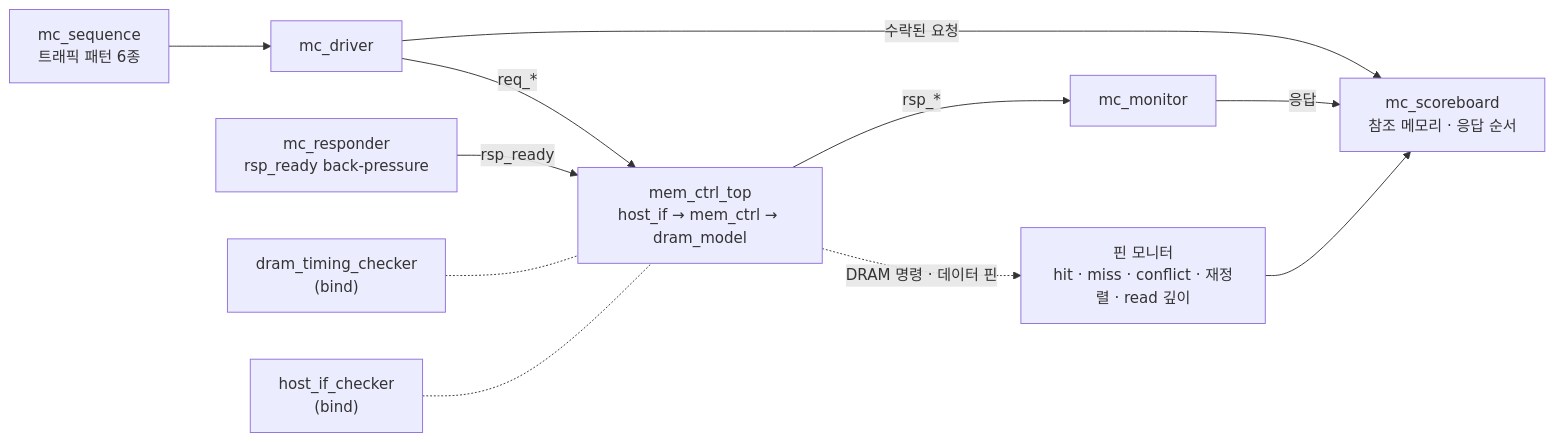
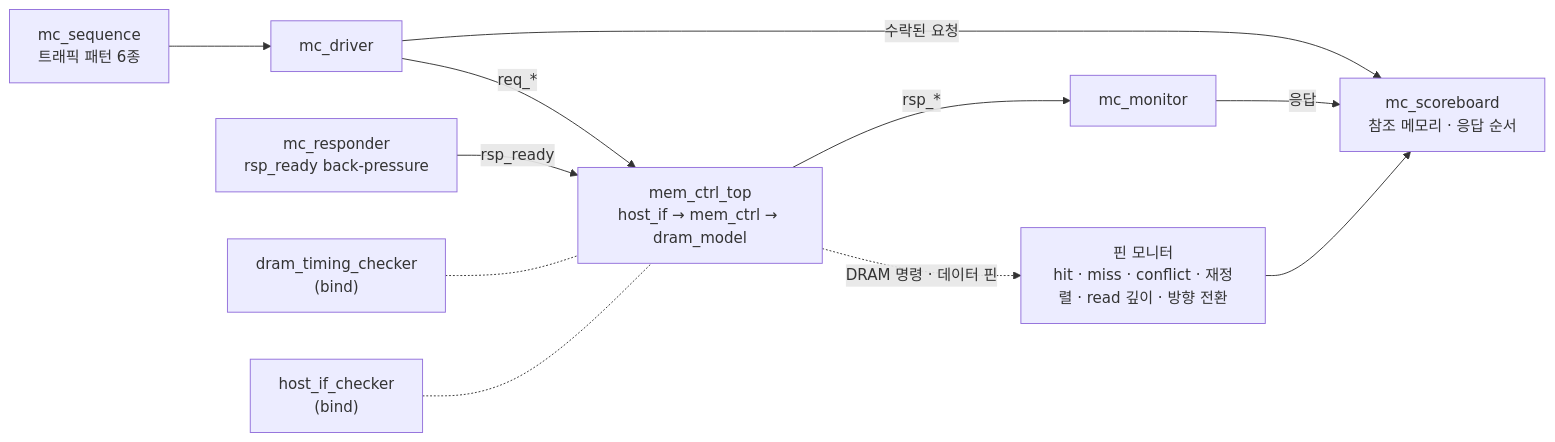
The diagram in docs/verification.md (yhkwon-git/mini-dram-controller), drawn with Mermaid before and after one commit. The commit also changed other lines of this file and 7 other files, not shown here.

````diff
--- a/docs/verification.md
+++ b/docs/verification.md
@@ -7,13 +7,13 @@
 ```mermaid
 flowchart LR
   SEQ["mc_sequence<br/>트래픽 패턴 6종"] --> DRV["mc_driver"]
   DRV -->|"req_*"| DUT["mem_ctrl_top<br/>host_if → mem_ctrl → dram_model"]
   RSP["mc_responder<br/>rsp_ready back-pressure"] -->|"rsp_ready"| DUT
   DUT -->|"rsp_*"| MON["mc_monitor"]
   DRV -->|"수락된 요청"| SB["mc_scoreboard<br/>참조 메모리 · 응답 순서"]
   MON -->|"응답"| SB
-  DUT -.->|"DRAM 명령 · 데이터 핀"| PIN["핀 모니터<br/>hit · miss · conflict · 재정렬 · read 깊이"]
+  DUT -.->|"DRAM 명령 · 데이터 핀"| PIN["핀 모니터<br/>hit · miss · conflict · 재정렬 · read 깊이 · 방향 전환"]
   PIN --> SB
   TCHK["dram_timing_checker<br/>(bind)"] -.- DUT
   HCHK["host_if_checker<br/>(bind)"] -.- DUT
 ```
````
